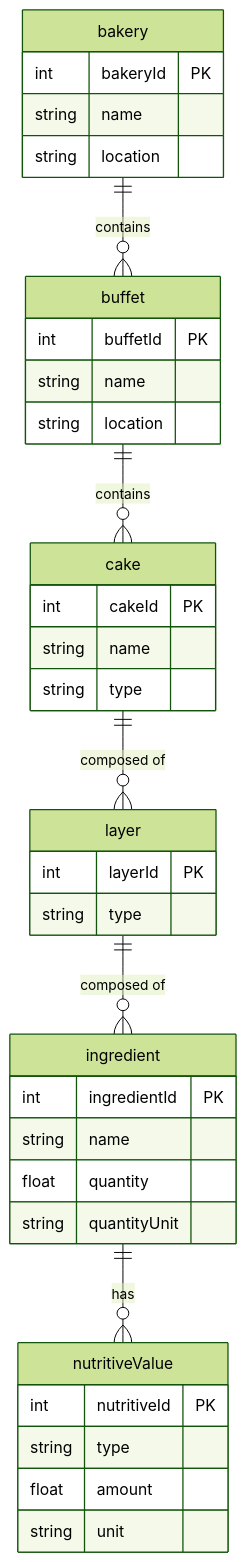
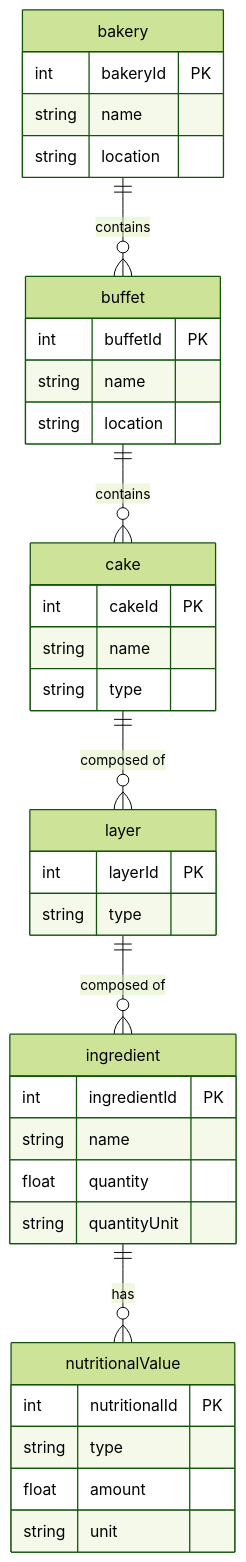
The diagram in src/example/bakery-example.md (rljson/rljson), drawn with Mermaid (forest theme) before and after one commit. The commit also changed 7 other files, not shown here.

Commit message:
Rename NutritiveValues into NutritionalValues

```diff
--- a/src/example/bakery-example.md
+++ b/src/example/bakery-example.md
@@ -9,47 +9,47 @@
 :::mermaid
 erDiagram
 
     bakery ||--o{ buffet : contains
     buffet ||--o{ cake : contains
     cake ||--o{ layer : "composed of"
     layer ||--o{ ingredient : "composed of"
-    ingredient ||--o{ nutritiveValue : has
+    ingredient ||--o{ nutritionalValue : has
 
     bakery {
         int bakeryId PK
         string name
         string location
     }
 
     buffet {
         int buffetId PK
         string name
         string location
     }
 
     cake {
         int cakeId PK
         string name
         string type
     }
 
     layer {
         int layerId PK
         string type
     }
 
     ingredient {
         int ingredientId PK
         string name
         float quantity
         string quantityUnit
     }
 
-    nutritiveValue {
-        int nutritiveId PK
+    nutritionalValue {
+        int nutritionalId PK
         string type
         float amount
         string unit
     }
 
 :::
```
